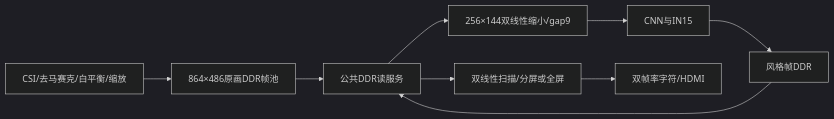
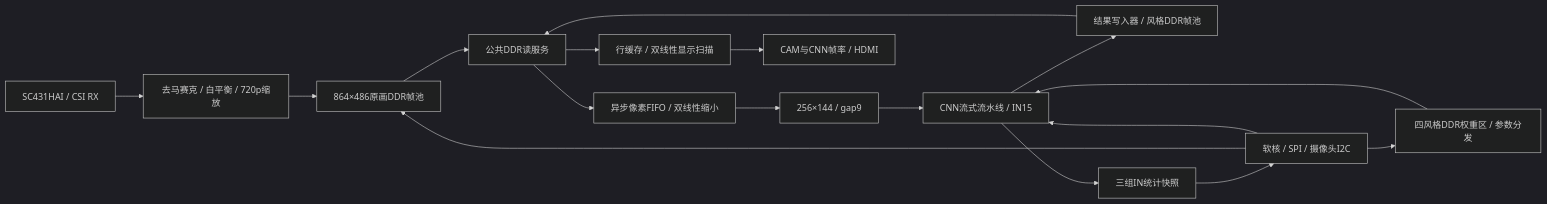
One commit to lalana-bit/Style-Transfer-CNN-in-FPGA changed the diagram in hardware/README.md. Above: the diagram before and after it, drawn with Mermaid (dark theme). The commit also changed other lines of this file and 209 other files, not shown here.

````diff
--- a/hardware/README.md
+++ b/hardware/README.md
@@ -18,11 +7,19 @@
 ```mermaid
 flowchart LR
- A[CSI/去马赛克/白平衡/缩放] --> B[864×486原画DDR帧池]
- B --> C[公共DDR读服务]
- C --> D[256×144双线性缩小/gap9]
- D --> E[CNN与IN15]
- E --> F[风格帧DDR]
- F --> C
- C --> G[双线性扫描/分屏或全屏]
- G --> H[双帧率字符/HDMI]
+ A[SC431HAI / CSI RX] --> B[去马赛克 / 白平衡 / 720p缩放]
+ B --> C[864×486原画DDR帧池]
+ C --> D[公共DDR读服务]
+ D --> E[异步像素FIFO / 双线性缩小]
+ E --> F[256×144 / gap9]
+ F --> G[CNN流式流水线 / IN15]
+ G --> H[结果写入器 / 风格DDR帧池]
+ H --> D
+ D --> I[行缓存 / 双线性显示扫描]
+ I --> J[CAM与CNN帧率 / HDMI]
+ K[软核 / SPI / 摄像头I2C] --> C
+ K --> L[四风格DDR权重区 / 参数分发]
+ L --> G
+ G --> M[三组IN统计快照]
+ M --> K
+ K --> G
 ```
````
